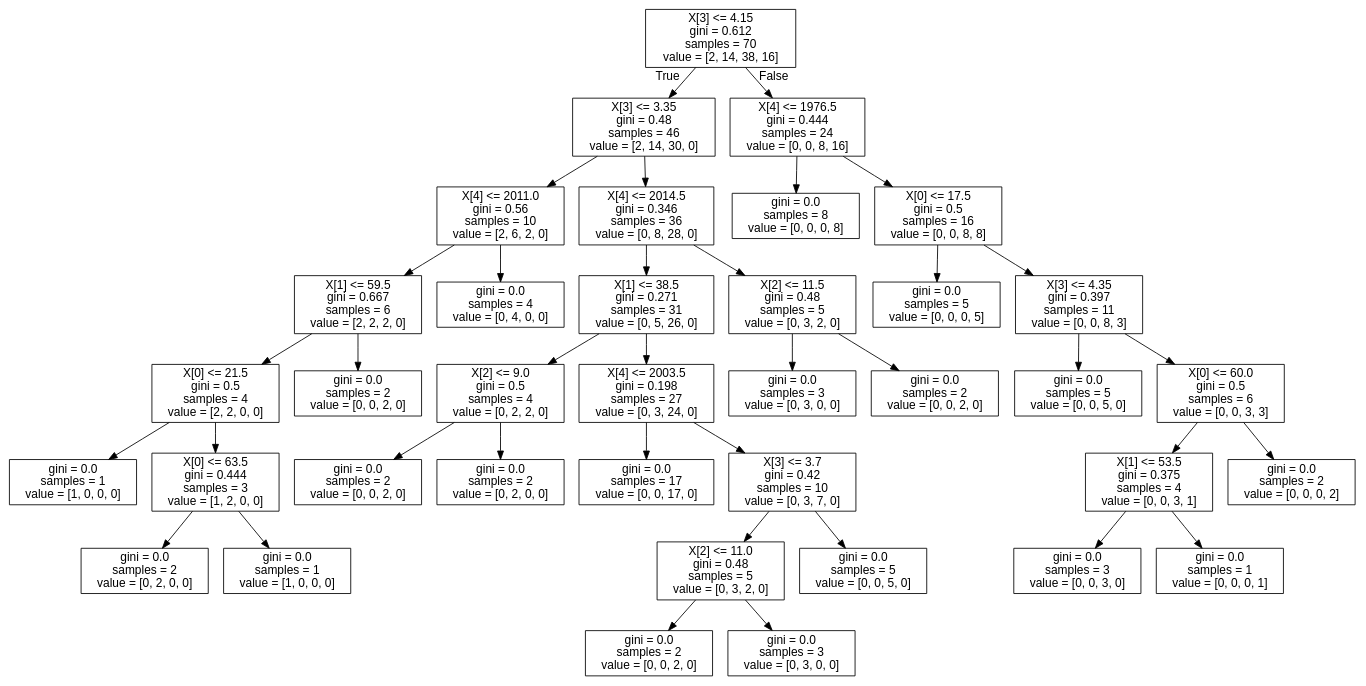
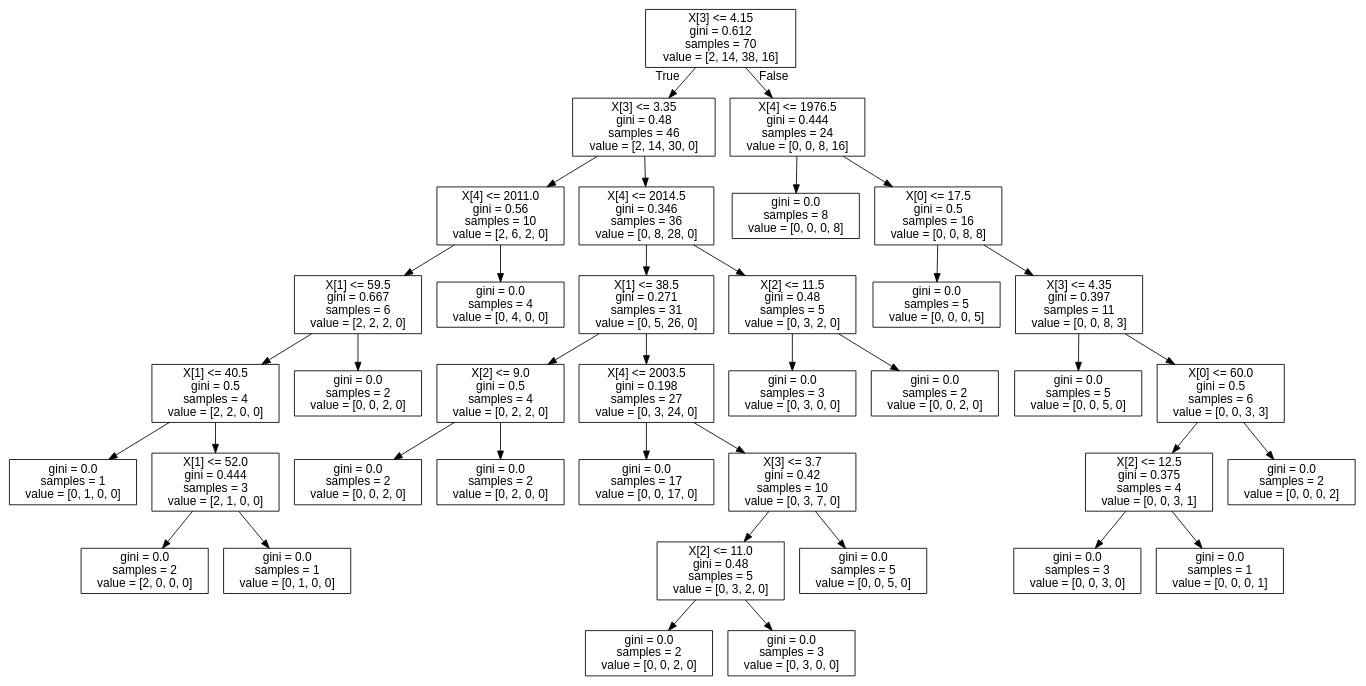
The diagram in BibliotecaMusicalV2/tree.dot (ViniciusOSAntos/Data-Science---Estudos-e-Atividades), drawn with Graphviz before and after one commit. The commit also changed 2 other files, not shown here.

```diff
--- a/BibliotecaMusicalV2/tree.dot
+++ b/BibliotecaMusicalV2/tree.dot
@@ -1,77 +1,77 @@
 digraph Tree {
 node [shape=box, fontname="helvetica"] ;
 edge [fontname="helvetica"] ;
 0 [label="X[3] <= 4.15\ngini = 0.612\nsamples = 70\nvalue = [2, 14, 38, 16]"] ;
 1 [label="X[3] <= 3.35\ngini = 0.48\nsamples = 46\nvalue = [2, 14, 30, 0]"] ;
 0 -> 1 [labeldistance=2.5, labelangle=45, headlabel="True"] ;
 2 [label="X[4] <= 2011.0\ngini = 0.56\nsamples = 10\nvalue = [2, 6, 2, 0]"] ;
 1 -> 2 ;
 3 [label="X[1] <= 59.5\ngini = 0.667\nsamples = 6\nvalue = [2, 2, 2, 0]"] ;
 2 -> 3 ;
-4 [label="X[0] <= 21.5\ngini = 0.5\nsamples = 4\nvalue = [2, 2, 0, 0]"] ;
+4 [label="X[1] <= 40.5\ngini = 0.5\nsamples = 4\nvalue = [2, 2, 0, 0]"] ;
 3 -> 4 ;
-5 [label="gini = 0.0\nsamples = 1\nvalue = [1, 0, 0, 0]"] ;
+5 [label="gini = 0.0\nsamples = 1\nvalue = [0, 1, 0, 0]"] ;
 4 -> 5 ;
-6 [label="X[0] <= 63.5\ngini = 0.444\nsamples = 3\nvalue = [1, 2, 0, 0]"] ;
+6 [label="X[1] <= 52.0\ngini = 0.444\nsamples = 3\nvalue = [2, 1, 0, 0]"] ;
 4 -> 6 ;
-7 [label="gini = 0.0\nsamples = 2\nvalue = [0, 2, 0, 0]"] ;
+7 [label="gini = 0.0\nsamples = 2\nvalue = [2, 0, 0, 0]"] ;
 6 -> 7 ;
-8 [label="gini = 0.0\nsamples = 1\nvalue = [1, 0, 0, 0]"] ;
+8 [label="gini = 0.0\nsamples = 1\nvalue = [0, 1, 0, 0]"] ;
 6 -> 8 ;
 9 [label="gini = 0.0\nsamples = 2\nvalue = [0, 0, 2, 0]"] ;
 3 -> 9 ;
 10 [label="gini = 0.0\nsamples = 4\nvalue = [0, 4, 0, 0]"] ;
 2 -> 10 ;
 11 [label="X[4] <= 2014.5\ngini = 0.346\nsamples = 36\nvalue = [0, 8, 28, 0]"] ;
 1 -> 11 ;
 12 [label="X[1] <= 38.5\ngini = 0.271\nsamples = 31\nvalue = [0, 5, 26, 0]"] ;
 11 -> 12 ;
 13 [label="X[2] <= 9.0\ngini = 0.5\nsamples = 4\nvalue = [0, 2, 2, 0]"] ;
 12 -> 13 ;
 14 [label="gini = 0.0\nsamples = 2\nvalue = [0, 0, 2, 0]"] ;
 13 -> 14 ;
 15 [label="gini = 0.0\nsamples = 2\nvalue = [0, 2, 0, 0]"] ;
 13 -> 15 ;
 16 [label="X[4] <= 2003.5\ngini = 0.198\nsamples = 27\nvalue = [0, 3, 24, 0]"] ;
 12 -> 16 ;
 17 [label="gini = 0.0\nsamples = 17\nvalue = [0, 0, 17, 0]"] ;
 16 -> 17 ;
 18 [label="X[3] <= 3.7\ngini = 0.42\nsamples = 10\nvalue = [0, 3, 7, 0]"] ;
 16 -> 18 ;
 19 [label="X[2] <= 11.0\ngini = 0.48\nsamples = 5\nvalue = [0, 3, 2, 0]"] ;
 18 -> 19 ;
 20 [label="gini = 0.0\nsamples = 2\nvalue = [0, 0, 2, 0]"] ;
 19 -> 20 ;
 21 [label="gini = 0.0\nsamples = 3\nvalue = [0, 3, 0, 0]"] ;
 19 -> 21 ;
 22 [label="gini = 0.0\nsamples = 5\nvalue = [0, 0, 5, 0]"] ;
 18 -> 22 ;
 23 [label="X[2] <= 11.5\ngini = 0.48\nsamples = 5\nvalue = [0, 3, 2, 0]"] ;
 11 -> 23 ;
 24 [label="gini = 0.0\nsamples = 3\nvalue = [0, 3, 0, 0]"] ;
 23 -> 24 ;
 25 [label="gini = 0.0\nsamples = 2\nvalue = [0, 0, 2, 0]"] ;
 23 -> 25 ;
 26 [label="X[4] <= 1976.5\ngini = 0.444\nsamples = 24\nvalue = [0, 0, 8, 16]"] ;
 0 -> 26 [labeldistance=2.5, labelangle=-45, headlabel="False"] ;
 27 [label="gini = 0.0\nsamples = 8\nvalue = [0, 0, 0, 8]"] ;
 26 -> 27 ;
 28 [label="X[0] <= 17.5\ngini = 0.5\nsamples = 16\nvalue = [0, 0, 8, 8]"] ;
 26 -> 28 ;
 29 [label="gini = 0.0\nsamples = 5\nvalue = [0, 0, 0, 5]"] ;
 28 -> 29 ;
 30 [label="X[3] <= 4.35\ngini = 0.397\nsamples = 11\nvalue = [0, 0, 8, 3]"] ;
 28 -> 30 ;
 31 [label="gini = 0.0\nsamples = 5\nvalue = [0, 0, 5, 0]"] ;
 30 -> 31 ;
 32 [label="X[0] <= 60.0\ngini = 0.5\nsamples = 6\nvalue = [0, 0, 3, 3]"] ;
 30 -> 32 ;
-33 [label="X[1] <= 53.5\ngini = 0.375\nsamples = 4\nvalue = [0, 0, 3, 1]"] ;
+33 [label="X[2] <= 12.5\ngini = 0.375\nsamples = 4\nvalue = [0, 0, 3, 1]"] ;
 32 -> 33 ;
 34 [label="gini = 0.0\nsamples = 3\nvalue = [0, 0, 3, 0]"] ;
 33 -> 34 ;
 35 [label="gini = 0.0\nsamples = 1\nvalue = [0, 0, 0, 1]"] ;
 33 -> 35 ;
 36 [label="gini = 0.0\nsamples = 2\nvalue = [0, 0, 0, 2]"] ;
 32 -> 36 ;
 }
```
